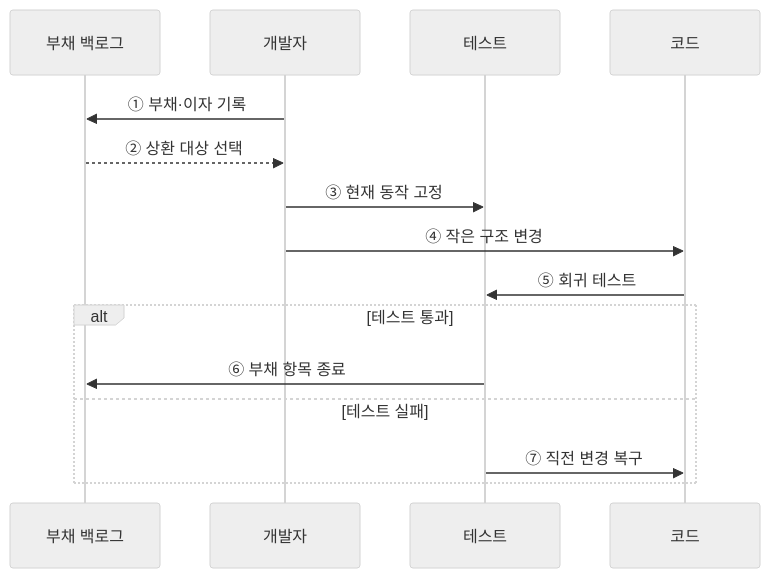
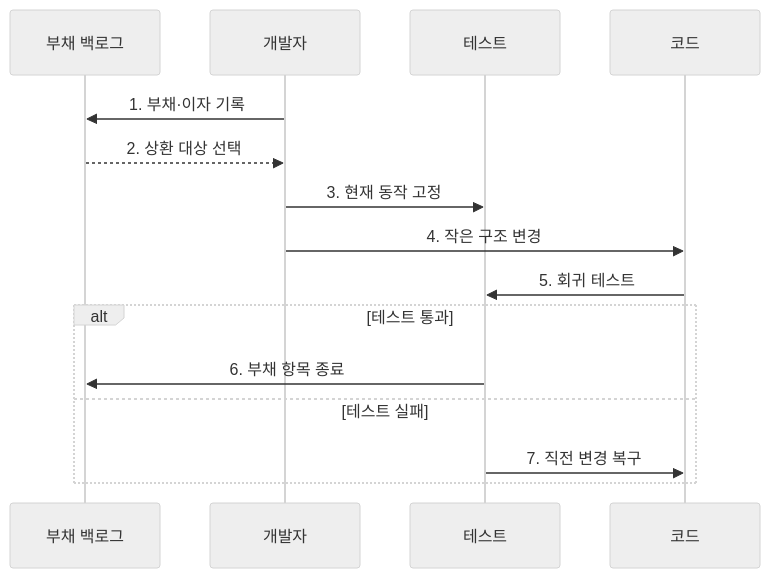
Before and after one commit to agnusdei1207/knowledge-base: the second of 2 diagrams in src/content/docs/notes/03-software/065_refactoring_technical_debt.md, drawn with Mermaid (neutral theme). The commit also changed other lines of this file and 20 other files, not shown here.

````diff
--- a/src/content/docs/notes/03-software/065_refactoring_technical_debt.md
+++ b/src/content/docs/notes/03-software/065_refactoring_technical_debt.md
@@ -67,17 +77,17 @@
 ```mermaid
 sequenceDiagram
     participant B as 부채 백로그
     participant D as 개발자
     participant T as 테스트
     participant C as 코드
-    D->>B: ① 부채·이자 기록
-    B-->>D: ② 상환 대상 선택
-    D->>T: ③ 현재 동작 고정
-    D->>C: ④ 작은 구조 변경
-    C->>T: ⑤ 회귀 테스트
+    D->>B: 1. 부채·이자 기록
+    B-->>D: 2. 상환 대상 선택
+    D->>T: 3. 현재 동작 고정
+    D->>C: 4. 작은 구조 변경
+    C->>T: 5. 회귀 테스트
     alt 테스트 통과
-        T->>B: ⑥ 부채 항목 종료
+        T->>B: 6. 부채 항목 종료
     else 테스트 실패
-        T->>C: ⑦ 직전 변경 복구
+        T->>C: 7. 직전 변경 복구
     end
 ```
````
